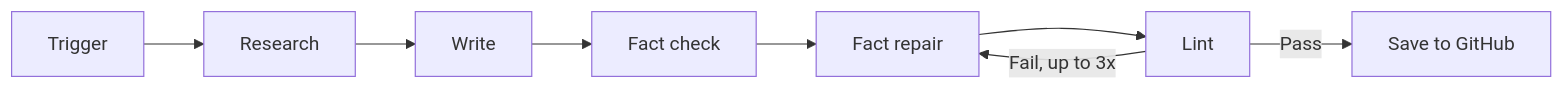
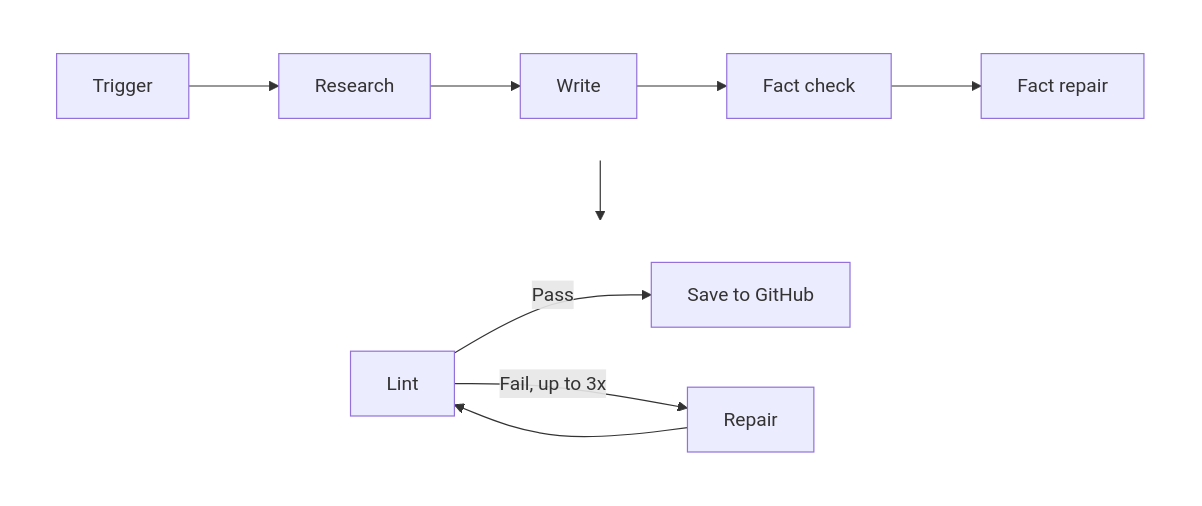
The diagram in README.md (kevinsundstrom/vercel-case-study), drawn with Mermaid before and after one commit.

Commit message:
fix: two-row Mermaid diagram with correct lint repair loop

````diff
--- a/README.md
+++ b/README.md
@@ -29,10 +29,17 @@
 ```mermaid
-flowchart LR
-    A[Trigger] --> B[Research]
-    B --> C[Write]
-    C --> D[Fact check]
-    D --> E[Fact repair]
-    E --> F[Lint]
-    F -->|Pass| G[Save to GitHub]
-    F -->|Fail, up to 3x| E
+flowchart TB
+    subgraph top[ ]
+        direction LR
+        A[Trigger] --> B[Research] --> C[Write] --> D[Fact check] --> E[Fact repair]
+    end
+    subgraph bottom[ ]
+        direction LR
+        F[Lint] -->|Pass| G[Save to GitHub]
+        F -->|Fail, up to 3x| H[Repair]
+        H --> F
+    end
+    E --> F
+
+    style top fill:none,stroke:none
+    style bottom fill:none,stroke:none
 ```
````
